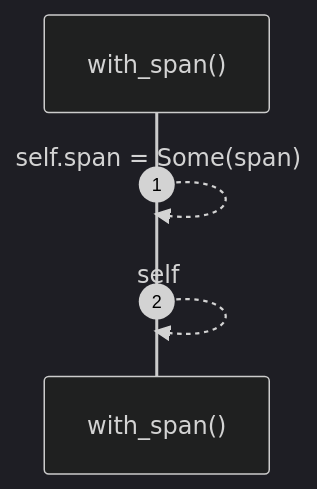
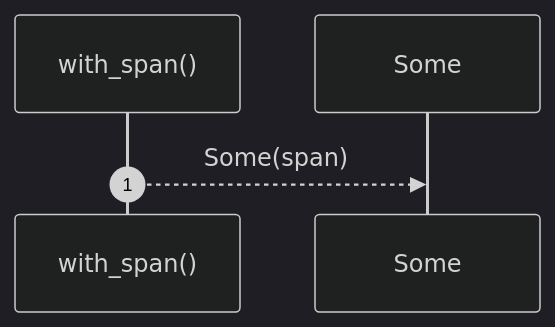
One commit to RyanGuild/self-describing-code changed the third of 8 diagrams in docs/self-model/robby_ir/model/impl-node.md. Above: the diagram before and after it, drawn with Mermaid (dark theme). The commit also changed other lines of this file and 1404 other files, not shown here.

````diff
--- a/docs/self-model/robby_ir/model/impl-node.md
+++ b/docs/self-model/robby_ir/model/impl-node.md
@@ -124,7 +208,7 @@
 ```mermaid
 sequenceDiagram
     autonumber
     participant with_span as with_span()
-    with_span-->>with_span: self.span = Some(span)
-    with_span-->>with_span: self
+    participant Some as Some
+    with_span-->>Some: Some(span)
 ```
````
